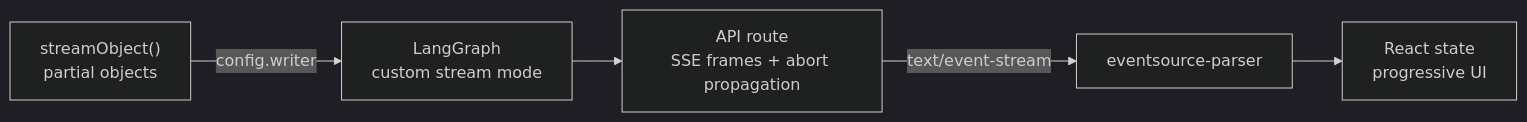
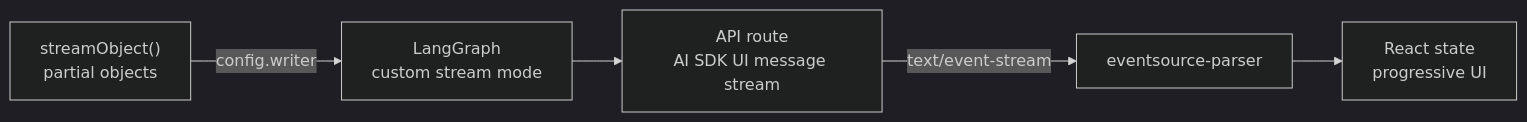
Before and after one commit to wahidrahim/role-report-ai: the first of 3 diagrams in README.md, drawn with Mermaid (dark theme). The commit also changed other lines of this file and 5 other files, not shown here.

First line of the commit message:
refactor(analyze-fit): stream analysis as ai sdk ui message parts (#27)

````diff
--- a/README.md
+++ b/README.md
@@ -35,7 +35,7 @@
 ```mermaid
 flowchart LR
     A["streamObject()<br/>partial objects"] -->|"config.writer"| B["LangGraph<br/>custom stream mode"]
-    B --> C["API route<br/>SSE frames + abort propagation"]
+    B --> C["API route<br/>AI SDK UI message stream"]
     C -->|"text/event-stream"| D["eventsource-parser"]
     D --> E["React state<br/>progressive UI"]
 ```
````
